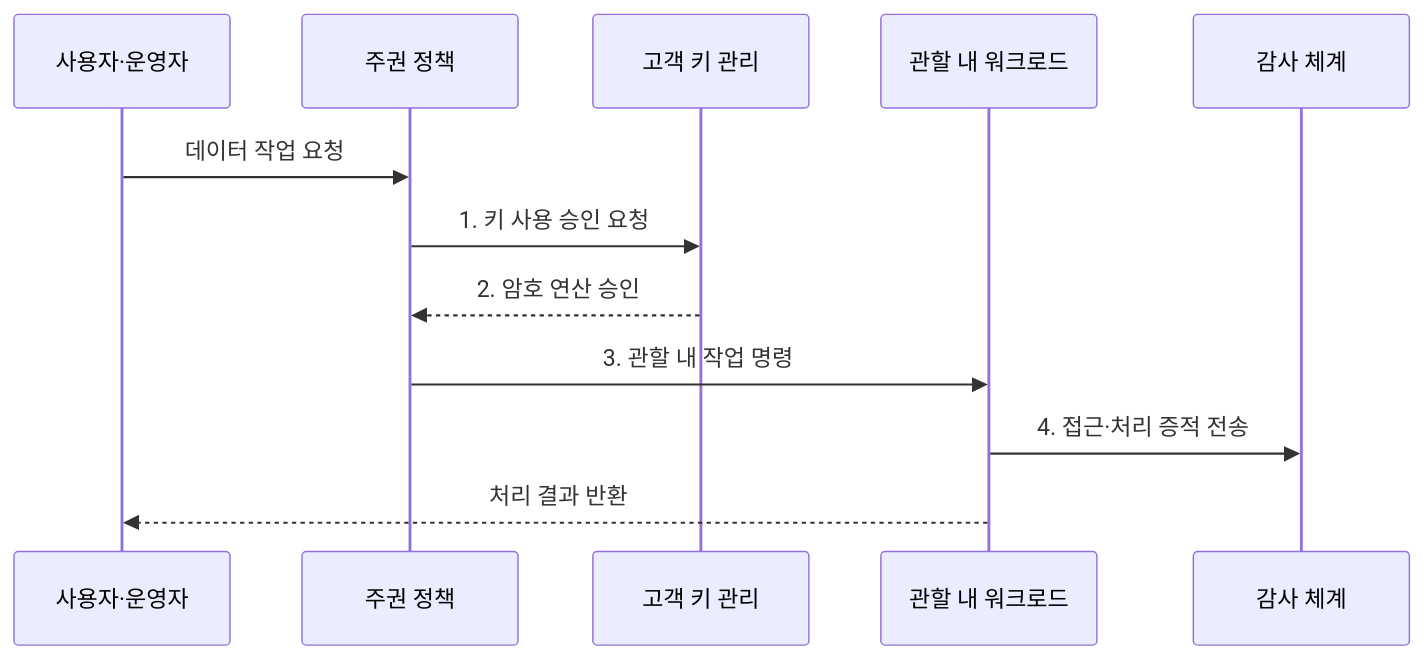
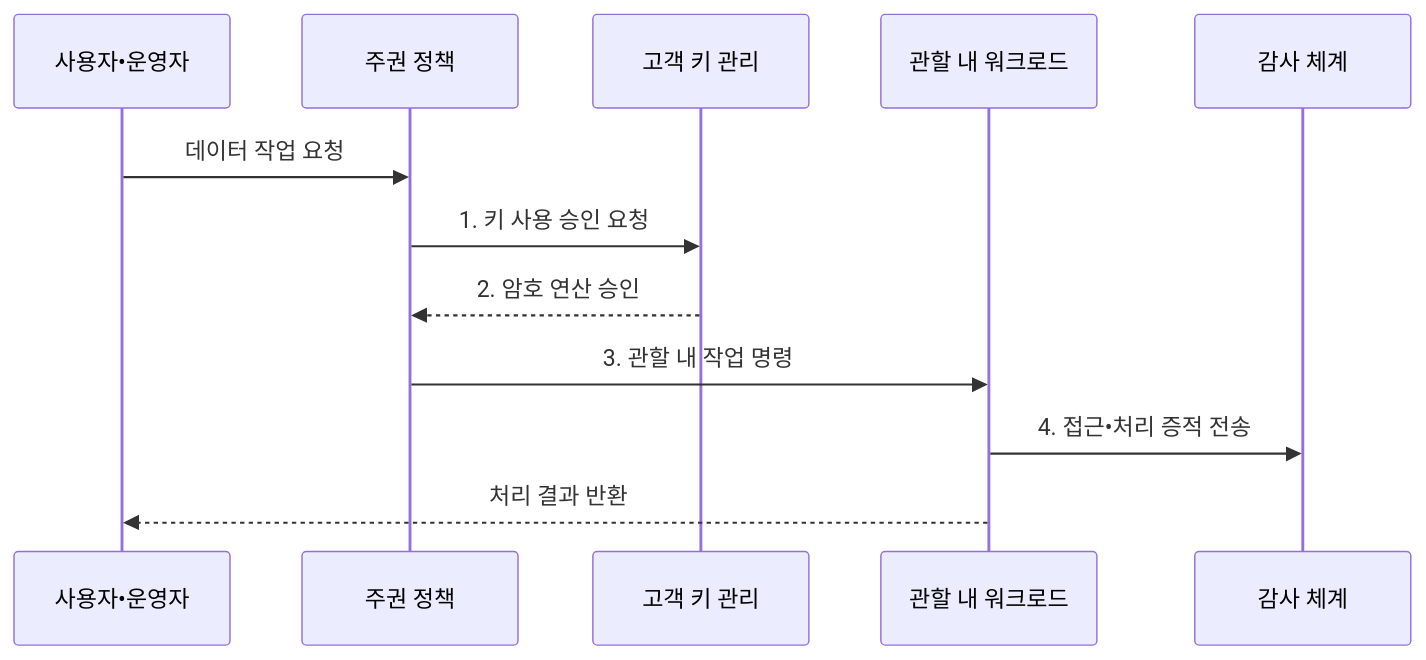
Before and after one commit to agnusdei1207/knowledge-base: the second of 2 diagrams in src/content/docs/notes/03-software/168_sovereign_cloud.md, drawn with Mermaid. The commit also changed other lines of this file and 953 other files, not shown here.

````diff
--- a/src/content/docs/notes/03-software/168_sovereign_cloud.md
+++ b/src/content/docs/notes/03-software/168_sovereign_cloud.md
@@ -108,14 +108,14 @@
 ```mermaid
 sequenceDiagram
-    participant U as 사용자·운영자
+    participant U as 사용자•운영자
     participant P as 주권 정책
     participant K as 고객 키 관리
     participant W as 관할 내 워크로드
     participant A as 감사 체계
     U->>P: 데이터 작업 요청
     P->>K: 1. 키 사용 승인 요청
     K-->>P: 2. 암호 연산 승인
     P->>W: 3. 관할 내 작업 명령
-    W->>A: 4. 접근·처리 증적 전송
+    W->>A: 4. 접근•처리 증적 전송
     W-->>U: 처리 결과 반환
 ```
````
